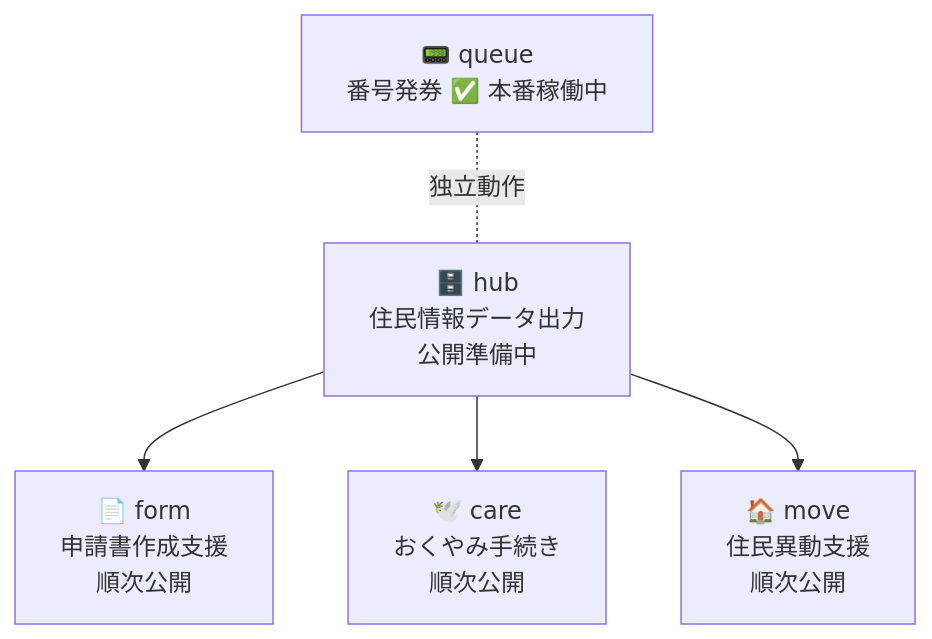
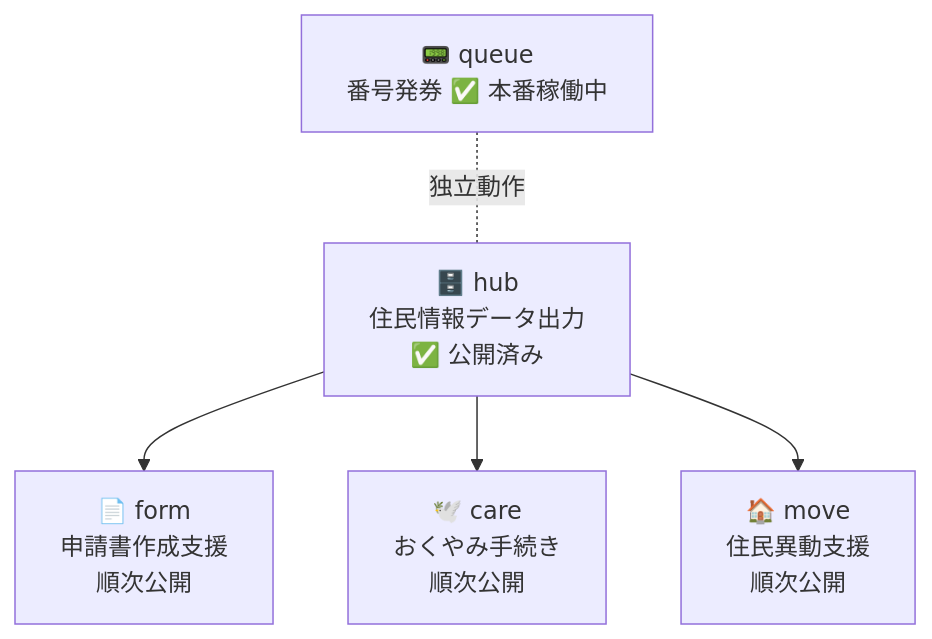
One commit to Memuro-Town/MADO changed the diagram in README.md. Above: the diagram before and after it, drawn with Mermaid. The commit also changed other lines of this file, not shown here.

First line of the commit message:
docs: MADO-packages（hub）公開を README に反映

````diff
--- a/README.md
+++ b/README.md
@@ -21,13 +29,13 @@
 ```mermaid
 graph TD
     queue["📟 queue<br/>番号発券 ✅ 本番稼働中"]
-    hub["🗄️ hub<br/>住民情報データ出力<br/>公開準備中"]
+    hub["🗄️ hub<br/>住民情報データ出力<br/>✅ 公開済み"]
     form["📄 form<br/>申請書作成支援<br/>順次公開"]
     care["🕊️ care<br/>おくやみ手続き<br/>順次公開"]
     move["🏠 move<br/>住民異動支援<br/>順次公開"]
 
     hub --> form
     hub --> care
     hub --> move
     queue -.- |独立動作| hub
 ```
````
